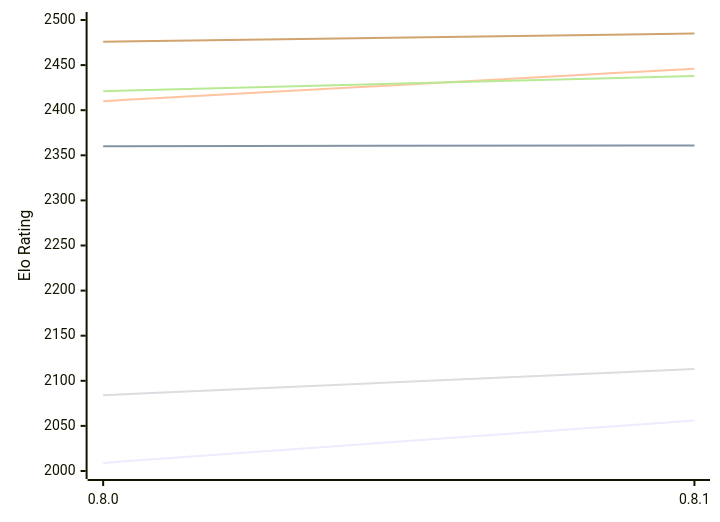
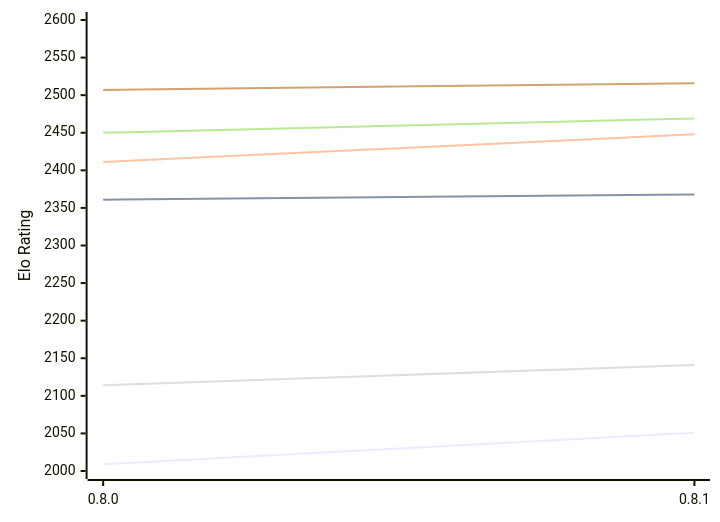
Before and after one commit to computer-chess-index/cci: the diagram in engines/LittleWing.md, drawn with Mermaid. The commit also changed other lines of this file, not shown here.

Commit message:
Update CCI Ratings (ELO VLTC) - 2026-11-05

````diff
--- a/engines/LittleWing.md
+++ b/engines/LittleWing.md
@@ -49,12 +49,12 @@
 ```mermaid
 %%{init: {"theme":"base","themeVariables":{"seriesColors:['#a3a3a3','#222221','#faa371']}}}%%
 xychart-beta
   x-axis ["0.8.0", "0.8.1"]
-  y-axis "Elo Rating" 2000 --> 2500
-  line "E1: STC (8.0+0.08s)" [2009, 2056]
-  line "E1: LTC (60.0+0.60s)" [2360, 2361]
-  line "E1: VLTC (2m24s+1.12s)" [2410, 2446]
-  line "P1: STC (8.0+0.08s)" [2084, 2113]
-  line "P1: LTC (60.0+0.60s)" [2421, 2438]
-  line "P1: VLTC (2m24s+1.12s)" [2476, 2485]
+  y-axis "Elo Rating" 2000 --> 2600
+  line "E1: STC (8.0+0.08s)" [2009, 2051]
+  line "E1: LTC (60.0+0.60s)" [2361, 2368]
+  line "E1: VLTC (2m24s+1.12s)" [2411, 2448]
+  line "P1: STC (8.0+0.08s)" [2114, 2141]
+  line "P1: LTC (60.0+0.60s)" [2450, 2469]
+  line "P1: VLTC (2m24s+1.12s)" [2507, 2516]
 ```
````
